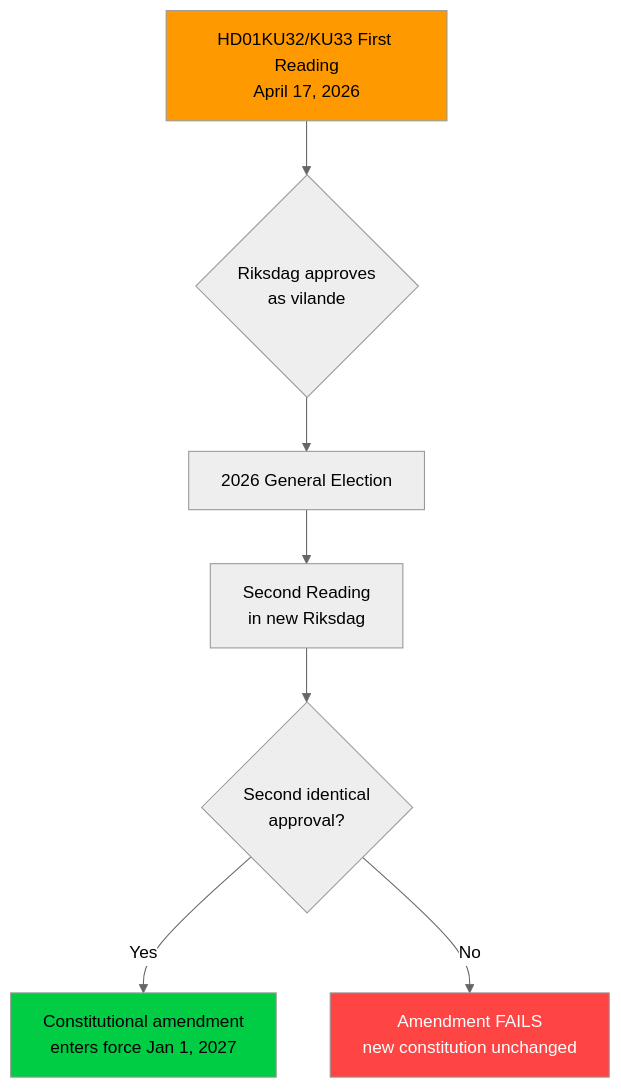
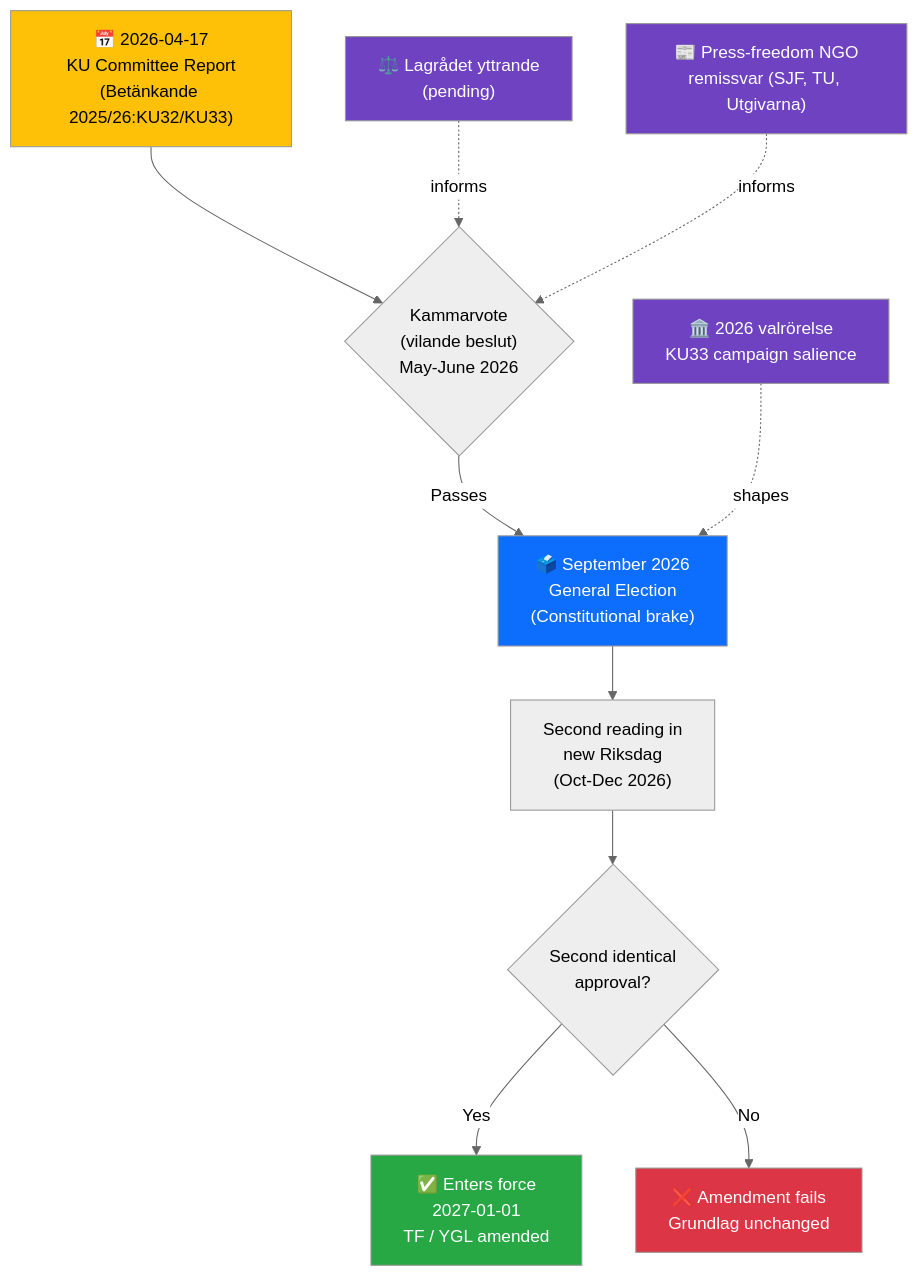
One commit to Hack23/riksdagsmonitor changed the diagram in analysis/daily/2026-04-17/realtime-1434/documents/HD01KU32-KU33-analysis.md. Above: the diagram before and after it, drawn with Mermaid (neutral theme). The commit also changed other lines of this file and 8 other files, not shown here.

First line of the commit message:
analysis: deepen realtime-1434 with DIW, TOWS, Mermaid, confidence labels (KU33 as LEAD)

````diff
--- a/analysis/daily/2026-04-17/realtime-1434/documents/HD01KU32-KU33-analysis.md
+++ b/analysis/daily/2026-04-17/realtime-1434/documents/HD01KU32-KU33-analysis.md
@@ -39,13 +44,21 @@
 ```mermaid
 flowchart TD
-    A[HD01KU32/KU33 First Reading\nApril 17, 2026] --> B{Riksdag approves\nas vilande}
-    B --> C[2026 General Election]
-    C --> D[Second Reading\nin new Riksdag]
-    D --> E{Second identical\napproval?}
-    E -->|Yes| F[Constitutional amendment\nenters force Jan 1, 2027]
-    E -->|No| G[Amendment FAILS\nnew constitution unchanged]
-    
-    style A fill:#ff9900,color:#000
-    style F fill:#00cc44,color:#000
-    style G fill:#ff4444,color:#fff
+    A["📅 2026-04-17<br/>KU Committee Report<br/>(Betänkande 2025/26:KU32/KU33)"] --> B{"Kammarvote<br/>(vilande beslut)<br/>May-June 2026"}
+    B -->|"Passes"| C["🗳️ September 2026<br/>General Election<br/>(Constitutional brake)"]
+    C --> D["Second reading in<br/>new Riksdag<br/>(Oct-Dec 2026)"]
+    D --> E{"Second identical<br/>approval?"}
+    E -->|"Yes"| F["✅ Enters force<br/>2027-01-01<br/>TF / YGL amended"]
+    E -->|"No"| G["❌ Amendment fails<br/>Grundlag unchanged"]
+
+    H["⚖️ Lagrådet yttrande<br/>(pending)"] -.informs.-> B
+    I["📰 Press-freedom NGO<br/>remissvar (SJF, TU, Utgivarna)"] -.informs.-> B
+    J["🏛️ 2026 valrörelse<br/>KU33 campaign salience"] -.shapes.-> C
+
+    style A fill:#ffc107,color:#000
+    style C fill:#0d6efd,color:#fff
+    style F fill:#28a745,color:#fff
+    style G fill:#dc3545,color:#fff
+    style H fill:#6f42c1,color:#fff
+    style I fill:#6f42c1,color:#fff
+    style J fill:#6f42c1,color:#fff
 ```
````
